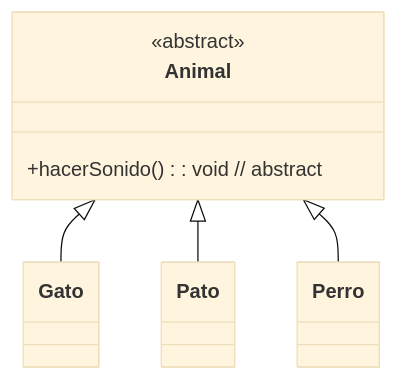
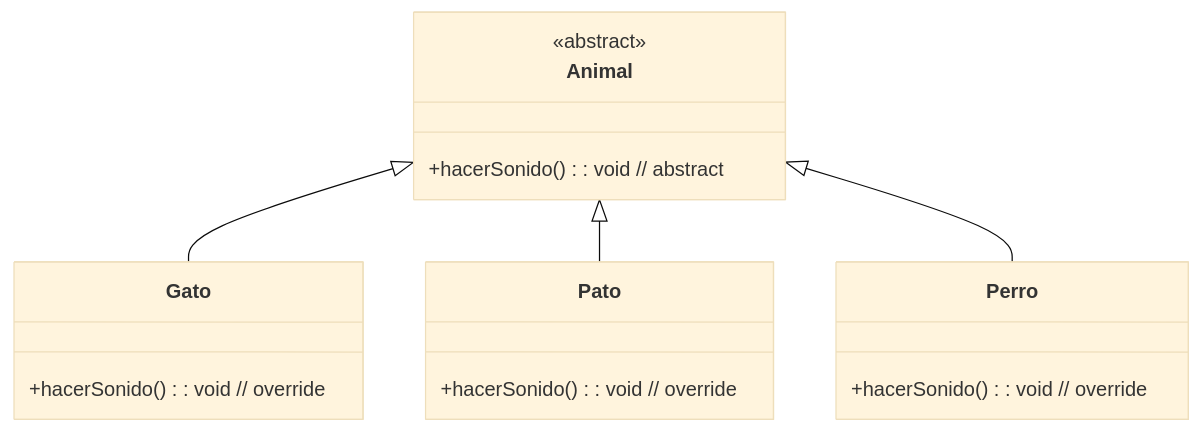
One commit to Salvador-GA/APALOO changed the diagram in 1.6 EjPolimorfismo/README.md. Above: the diagram before and after it, drawn with Mermaid (base theme).

````diff
--- a/1.6 EjPolimorfismo/README.md
+++ b/1.6 EjPolimorfismo/README.md
@@ -3,23 +3,23 @@
 ```mermaid
 classDiagram
     class Animal {
         <<abstract>>
         +hacerSonido(): void // abstract
     }
 
     class Gato {
-        
+        +hacerSonido(): void // override
     }
 
     class Pato {
-        
+        +hacerSonido(): void // override
     }
 
     class Perro {
-        
+        +hacerSonido(): void // override
     }
 
     Animal <|-- Gato
     Animal <|-- Pato
     Animal <|-- Perro
 ```
````
